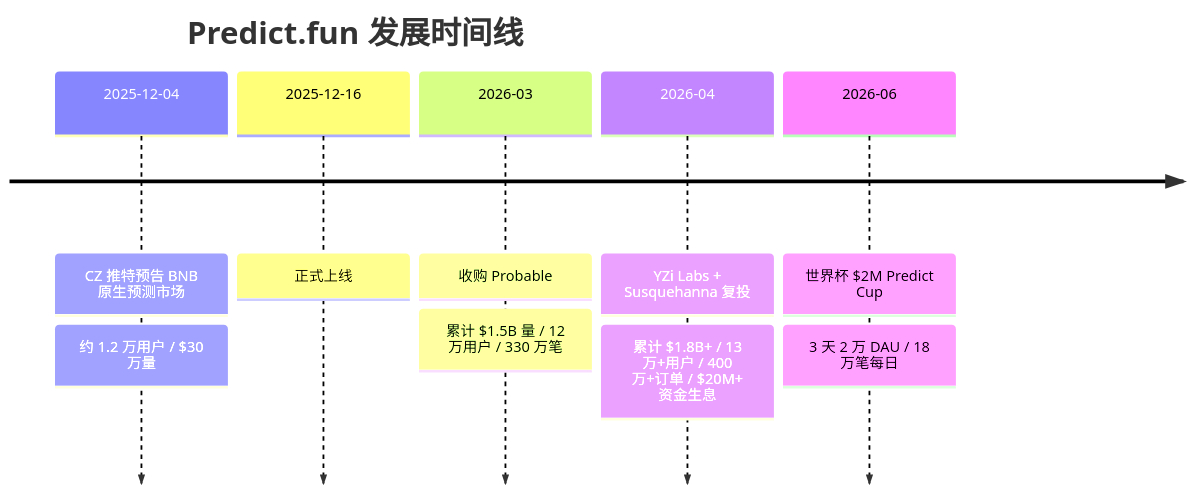
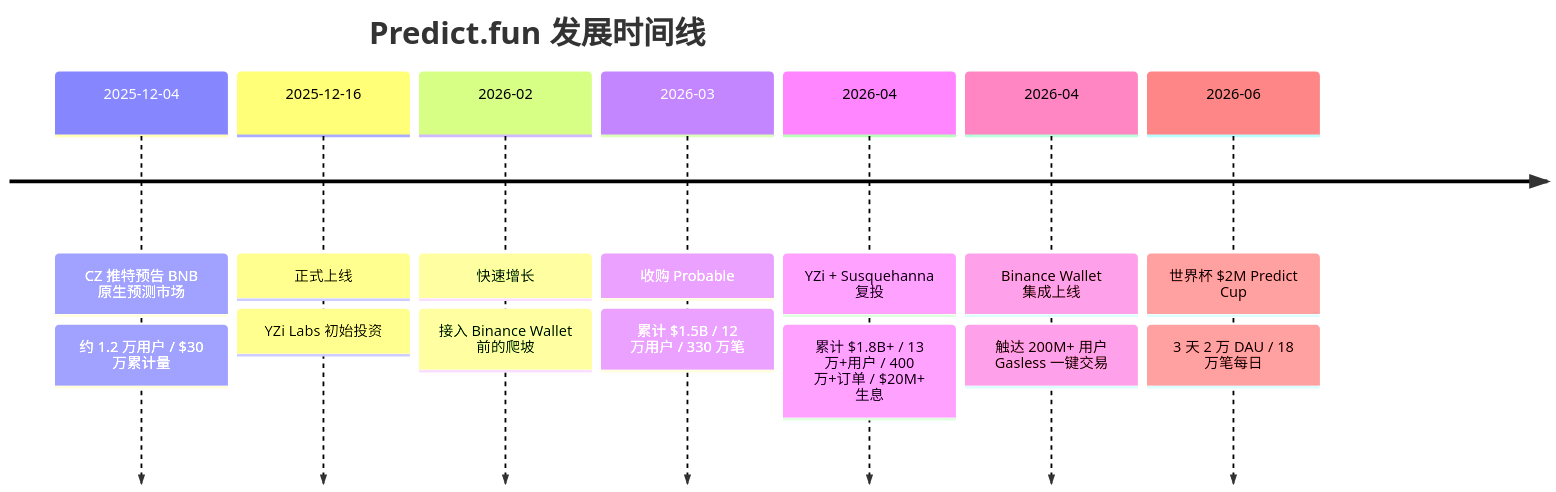
One commit to survivorff/predictfun_design changed the second of 9 diagrams in research/01_market/analysis.md. Above: the diagram before and after it, drawn with Mermaid. The commit also changed other lines of this file and 11 other files, not shown here.

````diff
--- a/research/01_market/analysis.md
+++ b/research/01_market/analysis.md
@@ -46,9 +50,11 @@
 ```mermaid
 timeline
     title Predict.fun 发展时间线
-    2025-12-04 : CZ 推特预告 BNB 原生预测市场 : 约 1.2 万用户 / $30 万量
-    2025-12-16 : 正式上线
-    2026-03 : 收购 Probable : 累计 $1.5B 量 / 12 万用户 / 330 万笔
-    2026-04 : YZi Labs + Susquehanna 复投 : 累计 $1.8B+ / 13 万+用户 / 400 万+订单 / $20M+ 资金生息
+    2025-12-04 : CZ 推特预告 BNB 原生预测市场 : 约 1.2 万用户 / $30 万累计量
+    2025-12-16 : 正式上线 : YZi Labs 初始投资
+    2026-02 : 快速增长 : 接入 Binance Wallet 前的爬坡
+    2026-03 : 收购 Probable : 累计 $1.5B / 12 万用户 / 330 万笔
+    2026-04 : YZi + Susquehanna 复投 : 累计 $1.8B+ / 13 万+用户 / 400 万+订单 / $20M+ 生息
+    2026-04 : Binance Wallet 集成上线 : 触达 200M+ 用户 Gasless 一键交易
     2026-06 : 世界杯 $2M Predict Cup : 3 天 2 万 DAU / 18 万笔每日
 ```
````
